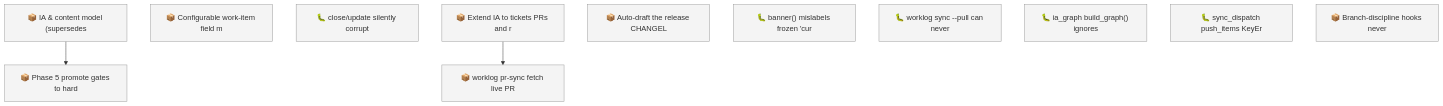
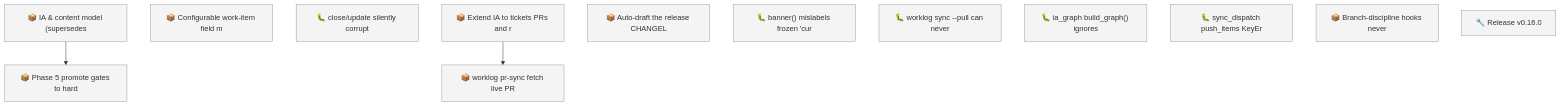
One commit to SpillwaveSolutions/wiki_ticket_sdd changed the first of 2 diagrams in docs/roadmap.md. Above: the diagram before and after it, drawn with Mermaid. The commit also changed other lines of this file and 74 other files, not shown here.

First line of the commit message:
release: v0.16.0 — stamp, version lockstep, snapshot, evidence links (01KYDZRVN5HAP73465JAM65EK7)

````diff
--- a/docs/roadmap.md
+++ b/docs/roadmap.md
@@ -61,19 +70,20 @@
 ```mermaid
 graph TD
     01KY5G9ZW0H2YMNWDFJYGRPYE5["📦 IA & content model (supersedes"]
     01KY5G9ZW0RABXWHEMEP1FAV2G["📦 Phase 5 promote gates to hard"]
     01KY5NE0ZYGBWG44N0KPEBFCZ8["📦 Configurable work-item field m"]
     01KYA99TVCGX79HFNHN1DVT7Y6["🐛 close/update silently corrupt"]
     01KYABYEQP8ANXGYPBCV2T20D8["📦 Extend IA to tickets PRs and r"]
     01KYAC0AC01R4C6W7YY1X8NVRV["📦 Auto-draft the release CHANGEL"]
     01KYACFJA0SQSF4C83BJZXB5MY["🐛 banner() mislabels frozen 'cur"]
     01KYADGT9Q48EKJZVQQSH4HXWZ["📦 worklog pr-sync fetch live PR"]
     01KYAGZ8KK46SQF1MKHAHVCTJV["🐛 worklog sync --pull can never"]
     01KYAHAB3T2QXGMN4SQT4ZNZGW["🐛 ia_graph build_graph() ignores"]
     01KYAKH389T1ZKKBP94WH2HK94["🐛 sync_dispatch push_items KeyEr"]
     01KYBD2HYJVNHX698WR1JD96YC["📦 Branch-discipline hooks never"]
+    01KYDZRVN5HAP73465JAM65EK7["🔧 Release v0.16.0"]
     01KY5G9ZW0H2YMNWDFJYGRPYE5 --> 01KY5G9ZW0RABXWHEMEP1FAV2G
     01KYABYEQP8ANXGYPBCV2T20D8 --> 01KYADGT9Q48EKJZVQQSH4HXWZ
     classDef todo fill:#f4f4f4,stroke:#999999
-    class 01KY5G9ZW0H2YMNWDFJYGRPYE5,01KY5G9ZW0RABXWHEMEP1FAV2G,01KY5NE0ZYGBWG44N0KPEBFCZ8,01KYA99TVCGX79HFNHN1DVT7Y6,01KYABYEQP8ANXGYPBCV2T20D8,01KYAC0AC01R4C6W7YY1X8NVRV,01KYACFJA0SQSF4C83BJZXB5MY,01KYADGT9Q48EKJZVQQSH4HXWZ,01KYAGZ8KK46SQF1MKHAHVCTJV,01KYAHAB3T2QXGMN4SQT4ZNZGW,01KYAKH389T1ZKKBP94WH2HK94,01KYBD2HYJVNHX698WR1JD96YC todo
+    class 01KY5G9ZW0H2YMNWDFJYGRPYE5,01KY5G9ZW0RABXWHEMEP1FAV2G,01KY5NE0ZYGBWG44N0KPEBFCZ8,01KYA99TVCGX79HFNHN1DVT7Y6,01KYABYEQP8ANXGYPBCV2T20D8,01KYAC0AC01R4C6W7YY1X8NVRV,01KYACFJA0SQSF4C83BJZXB5MY,01KYADGT9Q48EKJZVQQSH4HXWZ,01KYAGZ8KK46SQF1MKHAHVCTJV,01KYAHAB3T2QXGMN4SQT4ZNZGW,01KYAKH389T1ZKKBP94WH2HK94,01KYBD2HYJVNHX698WR1JD96YC,01KYDZRVN5HAP73465JAM65EK7 todo
 ```
````
